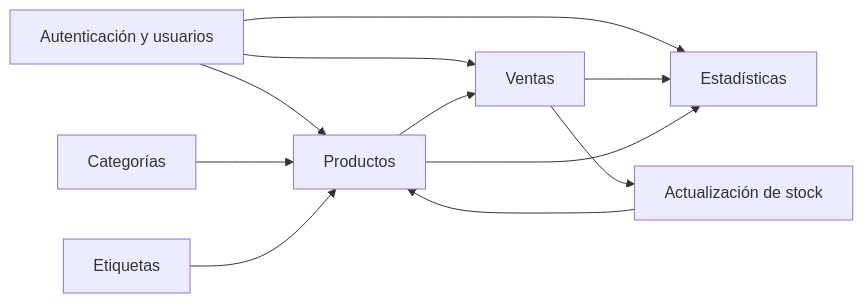
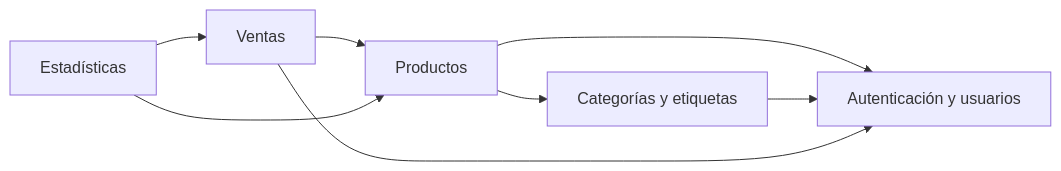
The diagram in docs/modulos/00-modulos.md (NicolasArrastia/UTN-TFI), drawn with Mermaid before and after one commit. The commit also changed other lines of this file and 1 other file, not shown here.

````diff
--- a/docs/modulos/00-modulos.md
+++ b/docs/modulos/00-modulos.md
@@ -184,16 +176,10 @@
 ```mermaid
 flowchart LR
-    AU[Autenticación y usuarios] --> P[Productos]
-    AU --> V[Ventas]
-    AU --> E[Estadísticas]
-
-    C[Categorías] --> P
-    T[Etiquetas] --> P
-
-    P --> V
-    V --> E
-    P --> E
-
-    V --> S[Actualización de stock]
-    S --> P
+    P[Productos] --> C[Categorías y etiquetas]
+    P --> AU[Autenticación y usuarios]
+    C --> AU
+    V[Ventas] --> P
+    V --> AU
+    E[Estadísticas] --> V
+    E --> P
 ```
````
